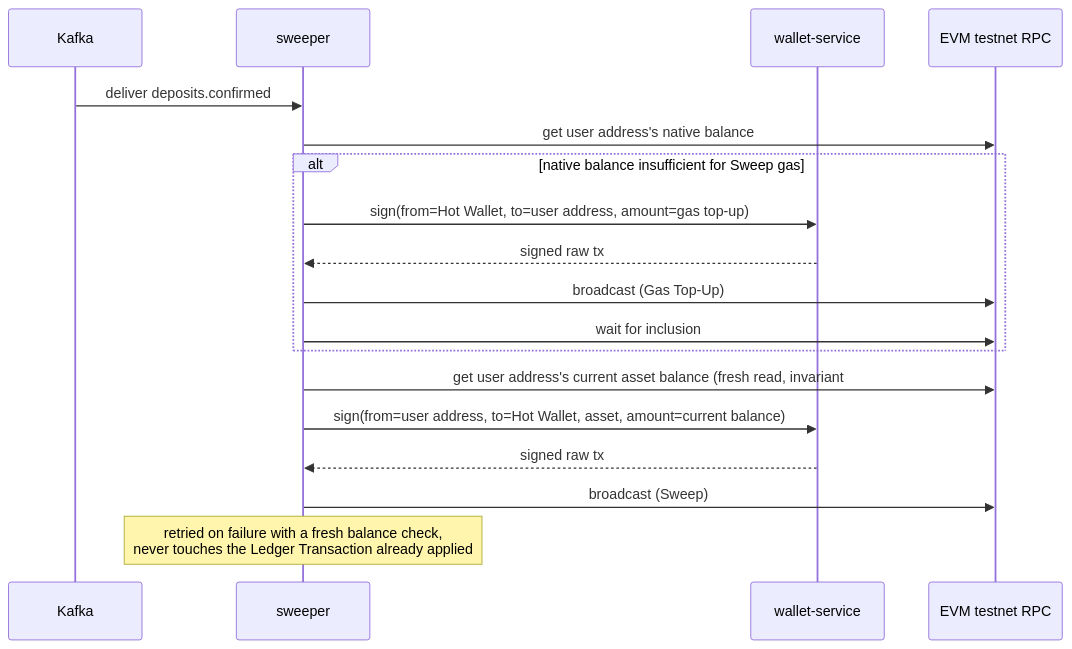
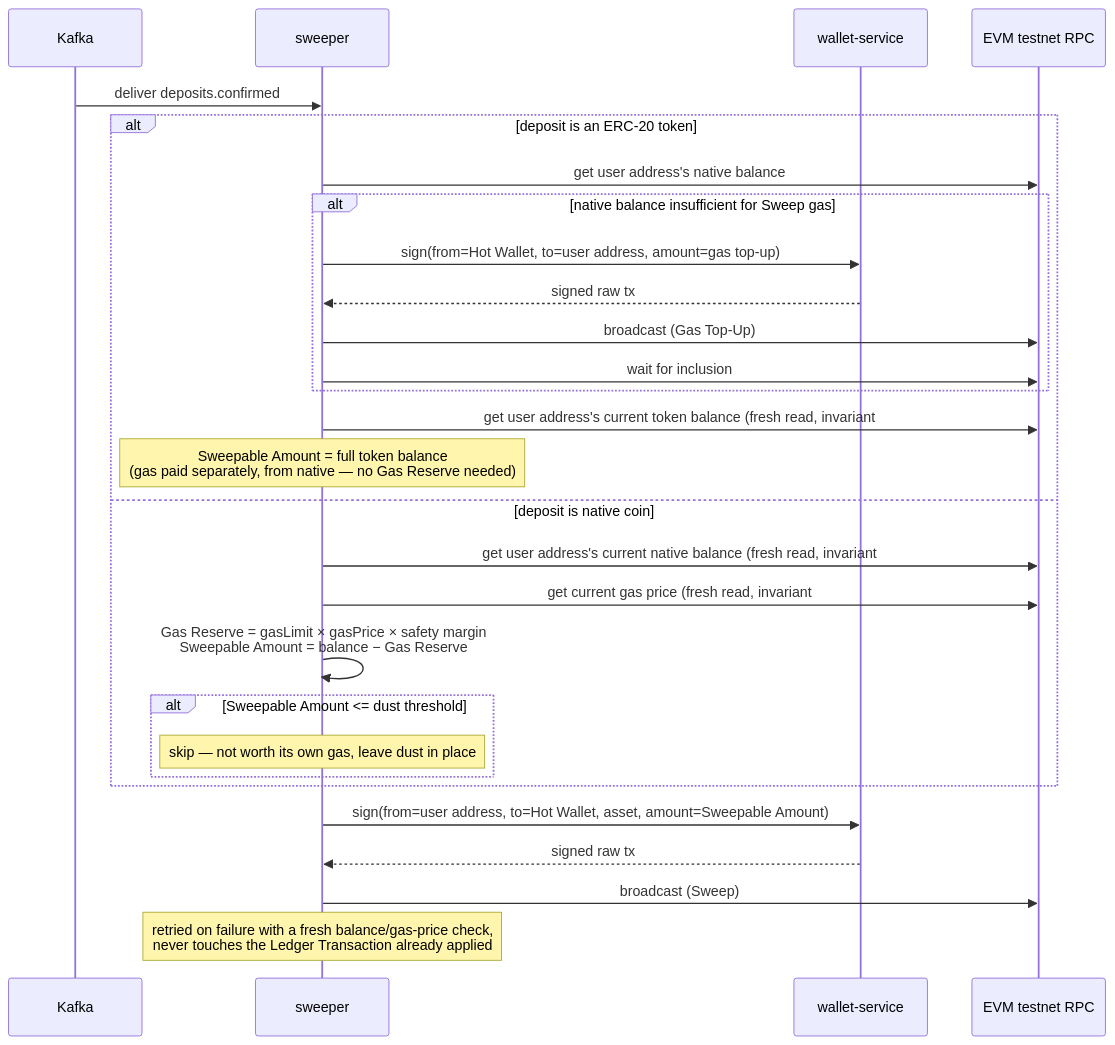
Before and after one commit to VuKhuongDuy/DigiWal: the second of 2 diagrams in docs/design/deposit-flow.md, drawn with Mermaid. The commit also changed other lines of this file and 1 other file, not shown here.

First line of the commit message:
Fix Asset Registry distribution and native-coin Sweep gas accounting

````diff
--- a/docs/design/deposit-flow.md
+++ b/docs/design/deposit-flow.md
@@ -176,21 +205,31 @@
 ```mermaid
 sequenceDiagram
     participant Kafka
     participant Sweeper as sweeper
     participant Wallet as wallet-service
     participant RPC as EVM testnet RPC
 
     Kafka->>Sweeper: deliver deposits.confirmed
-    Sweeper->>RPC: get user address's native balance
-    alt native balance insufficient for Sweep gas
-        Sweeper->>Wallet: sign(from=Hot Wallet, to=user address, amount=gas top-up)
-        Wallet-->>Sweeper: signed raw tx
-        Sweeper->>RPC: broadcast (Gas Top-Up)
-        Sweeper->>RPC: wait for inclusion
+    alt deposit is an ERC-20 token
+        Sweeper->>RPC: get user address's native balance
+        alt native balance insufficient for Sweep gas
+            Sweeper->>Wallet: sign(from=Hot Wallet, to=user address, amount=gas top-up)
+            Wallet-->>Sweeper: signed raw tx
+            Sweeper->>RPC: broadcast (Gas Top-Up)
+            Sweeper->>RPC: wait for inclusion
+        end
+        Sweeper->>RPC: get user address's current token balance (fresh read, invariant #9)
+        Note over Sweeper: Sweepable Amount = full token balance<br/>(gas paid separately, from native — no Gas Reserve needed)
+    else deposit is native coin
+        Sweeper->>RPC: get user address's current native balance (fresh read, invariant #9)
+        Sweeper->>RPC: get current gas price (fresh read, invariant #9)
+        Sweeper->>Sweeper: Gas Reserve = gasLimit × gasPrice × safety margin<br/>Sweepable Amount = balance − Gas Reserve
+        alt Sweepable Amount <= dust threshold
+            Note over Sweeper: skip — not worth its own gas, leave dust in place
+        end
     end
-    Sweeper->>RPC: get user address's current asset balance (fresh read, invariant #9)
-    Sweeper->>Wallet: sign(from=user address, to=Hot Wallet, asset, amount=current balance)
+    Sweeper->>Wallet: sign(from=user address, to=Hot Wallet, asset, amount=Sweepable Amount)
     Wallet-->>Sweeper: signed raw tx
     Sweeper->>RPC: broadcast (Sweep)
-    Note over Sweeper: retried on failure with a fresh balance check,<br/>never touches the Ledger Transaction already applied
+    Note over Sweeper: retried on failure with a fresh balance/gas-price check,<br/>never touches the Ledger Transaction already applied
 ```
````
